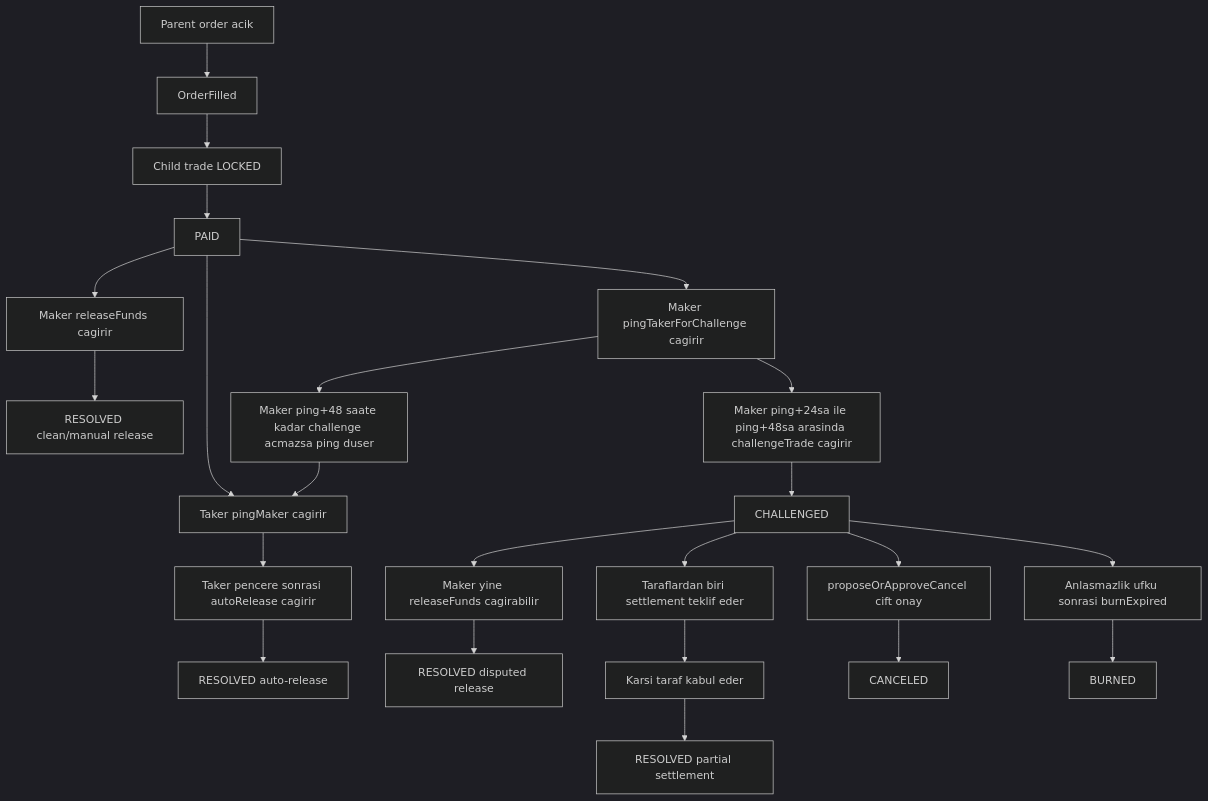
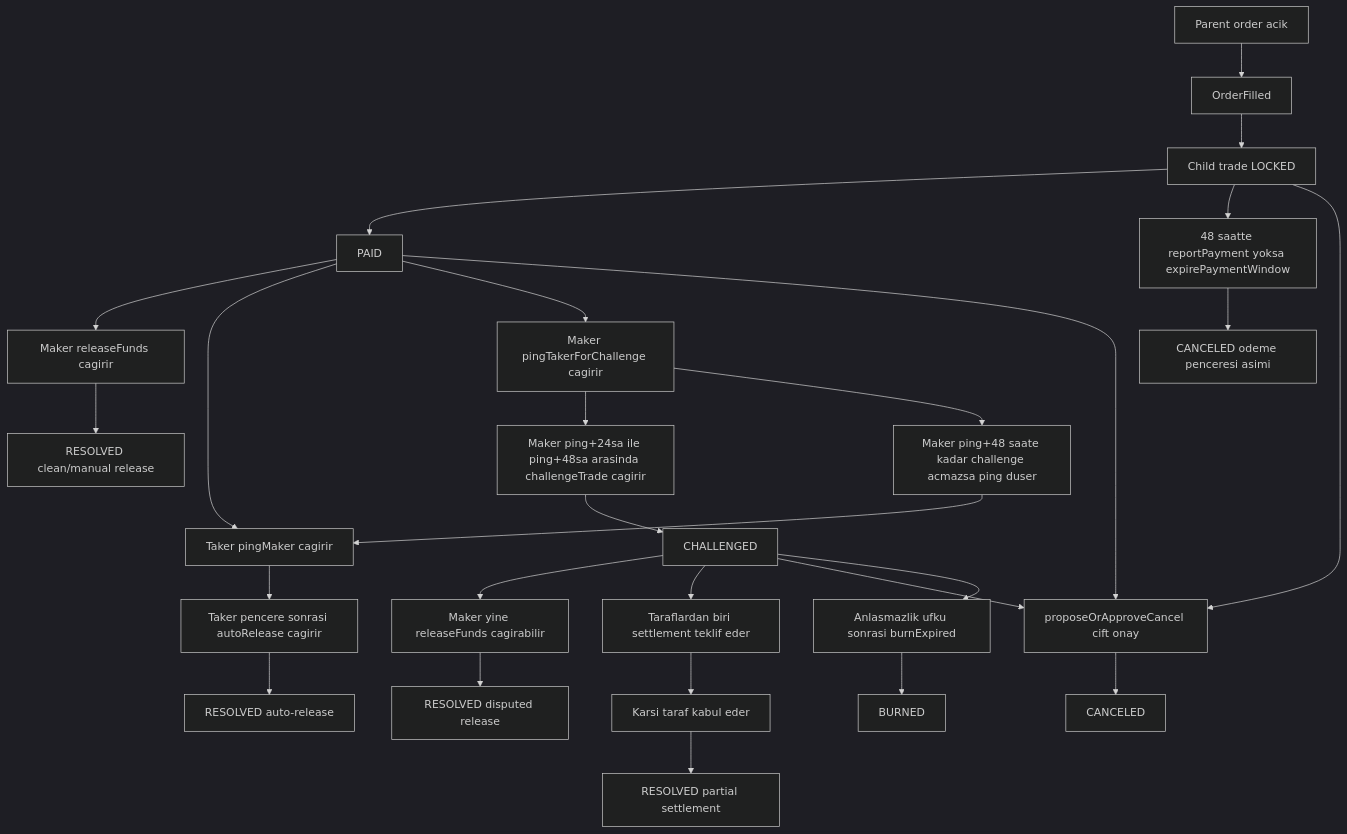
Before and after one commit to MyDemir/Araf-Protocol: the first of 2 diagrams in docs/TR/GAME_THEORY.md, drawn with Mermaid (dark theme). The commit also changed other lines of this file and 1 other file, not shown here.

First line of the commit message:
docs(game-theory): LOCKED/PAID iptal ve ödeme penceresi yolları akışa eklendi, ödül çarpanları koddan

````diff
--- a/docs/TR/GAME_THEORY.md
+++ b/docs/TR/GAME_THEORY.md
@@ -32,32 +32,36 @@
 ```mermaid
 flowchart TD
     parent_order[Parent order acik] --> fill_event[OrderFilled]
     fill_event --> child_trade[Child trade LOCKED]
     child_trade --> paid_state[PAID]
+    child_trade --> pay_window[48 saatte reportPayment yoksa expirePaymentWindow]
+    pay_window --> canceled_locked[CANCELED odeme penceresi asimi]
+    child_trade --> cancel_dual
 
     paid_state --> release_call[Maker releaseFunds cagirir]
     release_call --> resolved_normal[RESOLVED clean/manual release]
 
     paid_state --> ping_maker[Taker pingMaker cagirir]
     ping_maker --> auto_release[Taker pencere sonrasi autoRelease cagirir]
     auto_release --> resolved_penalty[RESOLVED auto-release]
 
     paid_state --> ping_taker[Maker pingTakerForChallenge cagirir]
     ping_taker --> challenge_call[Maker ping+24sa ile ping+48sa arasinda challengeTrade cagirir]
     ping_taker --> ping_lapsed[Maker ping+48 saate kadar challenge acmazsa ping duser]
     ping_lapsed --> ping_maker
     challenge_call --> challenged_state[CHALLENGED]
 
     challenged_state --> release_after_challenge[Maker yine releaseFunds cagirabilir]
     release_after_challenge --> disputed_release[RESOLVED disputed release]
 
     challenged_state --> split_offer[Taraflardan biri settlement teklif eder]
     split_offer --> split_accept[Karsi taraf kabul eder]
     split_accept --> split_resolved[RESOLVED partial settlement]
 
+    paid_state --> cancel_dual
     challenged_state --> cancel_dual[proposeOrApproveCancel cift onay]
     cancel_dual --> canceled_state[CANCELED]
 
     challenged_state --> burn_call[Anlasmazlik ufku sonrasi burnExpired]
     burn_call --> burn_terminal[BURNED]
 ```
````
